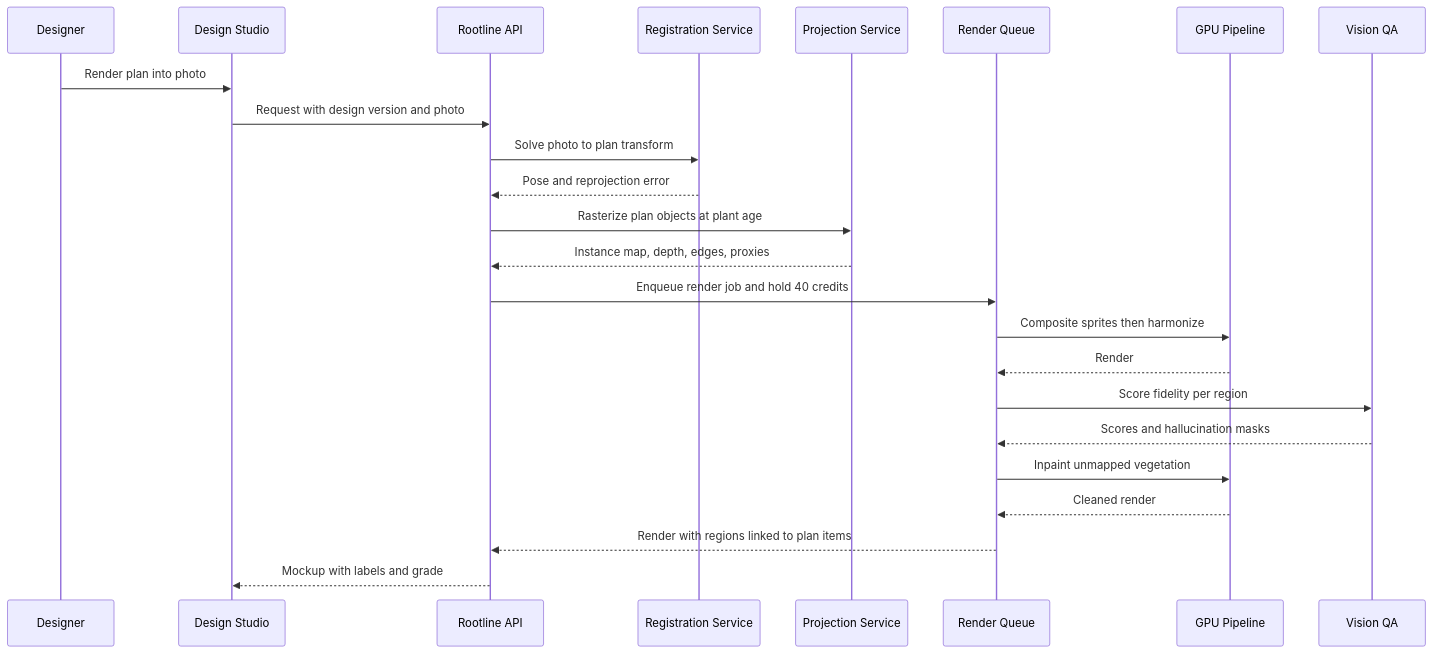
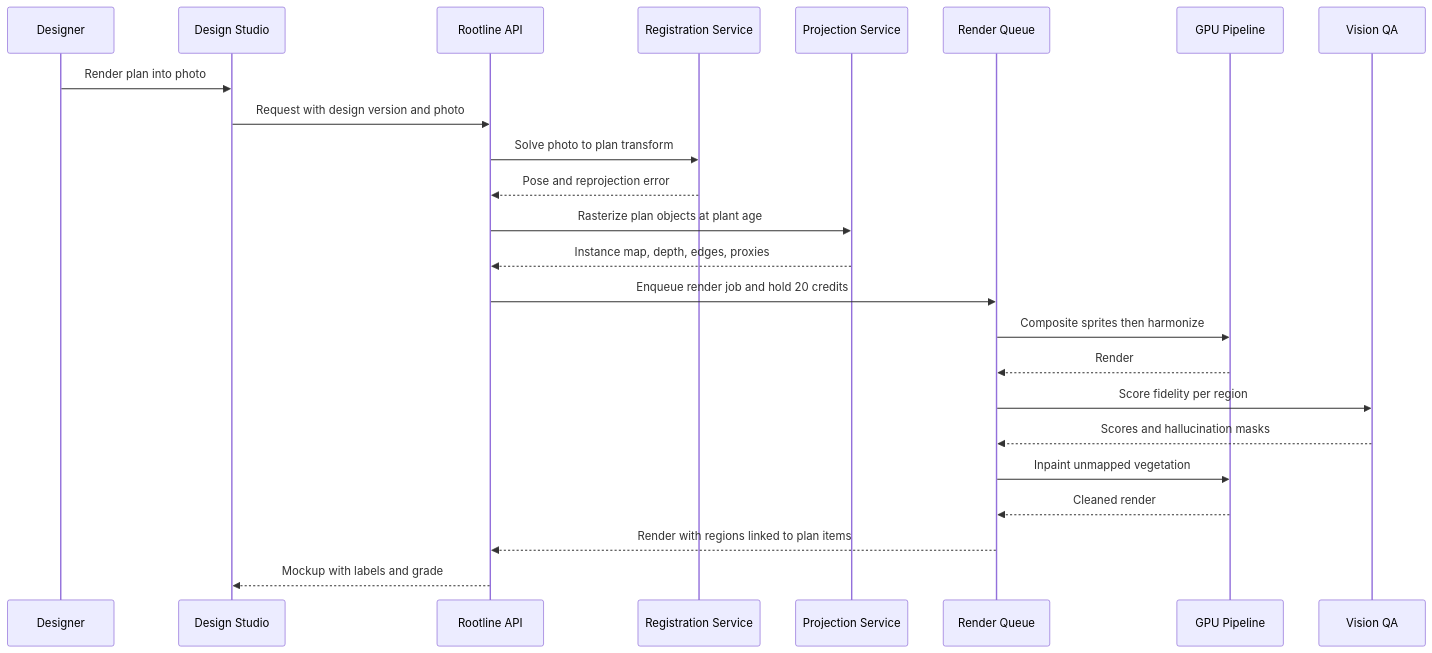
The sixth of 15 diagrams in docs/11-ai-design-mockups.md (jdinard/landscape), drawn with Mermaid before and after one commit. The commit also changed other lines of this file and 21 other files, not shown here.

````diff
--- a/docs/11-ai-design-mockups.md
+++ b/docs/11-ai-design-mockups.md
@@ -895,26 +909,26 @@
 ```mermaid
 sequenceDiagram
     participant D as Designer
     participant DS as Design Studio
     participant API as Rootline API
     participant REG as Registration Service
     participant PRJ as Projection Service
     participant Q as Render Queue
     participant GPU as GPU Pipeline
     participant QA as Vision QA
     D->>DS: Render plan into photo
     DS->>API: Request with design version and photo
     API->>REG: Solve photo to plan transform
     REG-->>API: Pose and reprojection error
     API->>PRJ: Rasterize plan objects at plant age
     PRJ-->>API: Instance map, depth, edges, proxies
-    API->>Q: Enqueue render job and hold 40 credits
+    API->>Q: Enqueue render job and hold 20 credits
     Q->>GPU: Composite sprites then harmonize
     GPU-->>Q: Render
     Q->>QA: Score fidelity per region
     QA-->>Q: Scores and hallucination masks
     Q->>GPU: Inpaint unmapped vegetation
     GPU-->>Q: Cleaned render
     Q-->>API: Render with regions linked to plan items
     API-->>DS: Mockup with labels and grade
 ```
````
